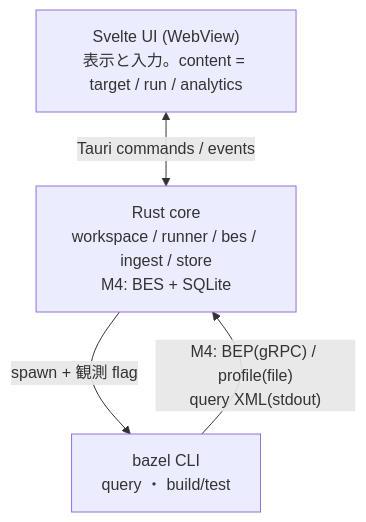
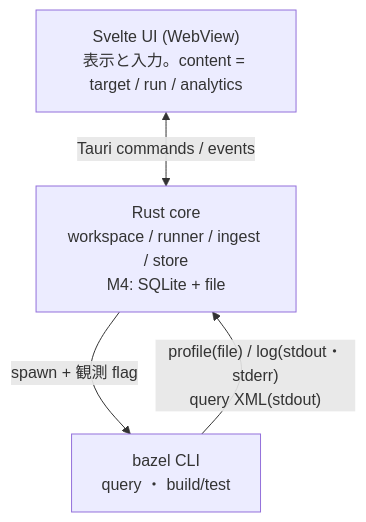
One commit to OhataKenji/zeal changed the diagram in docs/design/overview.md. Above: the diagram before and after it, drawn with Mermaid. The commit also changed other lines of this file and 24 other files, not shown here.

````diff
--- a/docs/design/overview.md
+++ b/docs/design/overview.md
@@ -49,9 +48,9 @@
 ```mermaid
 flowchart TD
     UI["Svelte UI (WebView)<br/>表示と入力。content = target / run / analytics"]
-    CORE["Rust core<br/>workspace / runner / bes / ingest / store<br/>M4: BES + SQLite"]
+    CORE["Rust core<br/>workspace / runner / ingest / store<br/>M4: SQLite + file"]
     BAZEL["bazel CLI<br/>query ・ build/test"]
     UI <-->|"Tauri commands / events"| CORE
     CORE -->|"spawn + 観測 flag"| BAZEL
-    BAZEL -->|"M4: BEP(gRPC) / profile(file)<br/>query XML(stdout)"| CORE
+    BAZEL -->|"profile(file) / log(stdout・stderr)<br/>query XML(stdout)"| CORE
 ```
````
